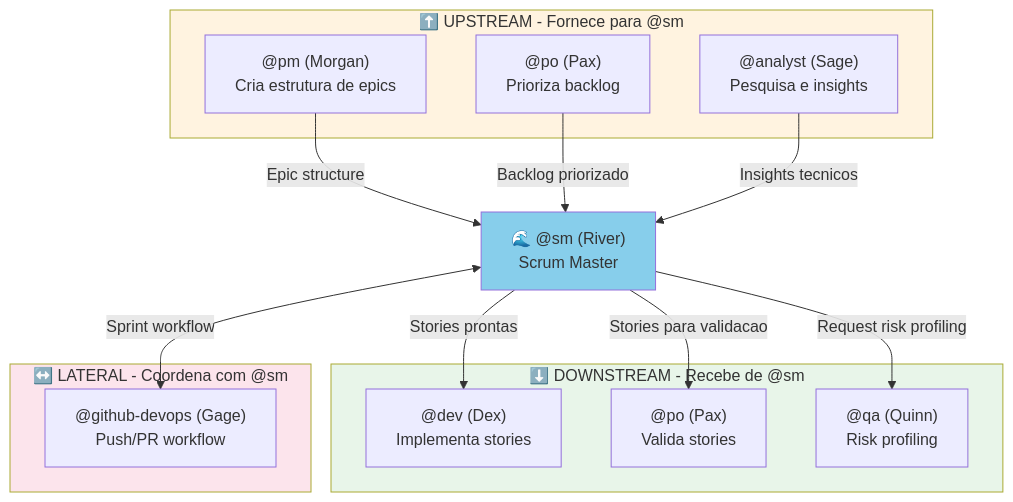
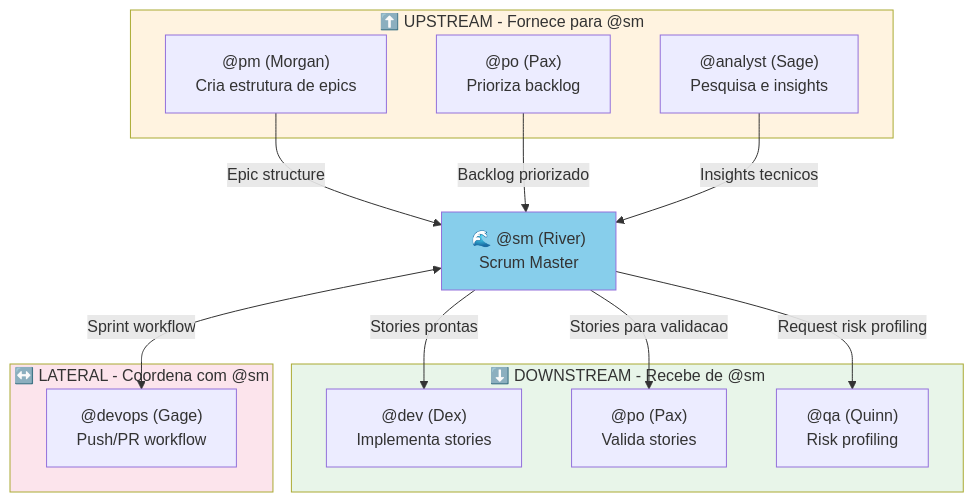
The fourth of 4 diagrams in docs/guides/agents/SM-SYSTEM.md (gigio-cangini-mentor/sei-la), drawn with Mermaid before and after one commit. The commit also changed other lines of this file and 79 other files, not shown here.

````diff
--- a/docs/guides/agents/SM-SYSTEM.md
+++ b/docs/guides/agents/SM-SYSTEM.md
@@ -242,35 +242,35 @@
 ```mermaid
 flowchart TB
     subgraph UPSTREAM["⬆️ UPSTREAM - Fornece para @sm"]
         PM_UP["@pm (Morgan)<br/>Cria estrutura de epics"]
         PO_UP["@po (Pax)<br/>Prioriza backlog"]
         ANALYST_UP["@analyst (Sage)<br/>Pesquisa e insights"]
     end
 
     SM_CENTRAL["🌊 @sm (River)<br/>Scrum Master"]
 
     subgraph DOWNSTREAM["⬇️ DOWNSTREAM - Recebe de @sm"]
         DEV_DOWN["@dev (Dex)<br/>Implementa stories"]
         PO_DOWN["@po (Pax)<br/>Valida stories"]
         QA_DOWN["@qa (Quinn)<br/>Risk profiling"]
     end
 
     subgraph LATERAL["↔️ LATERAL - Coordena com @sm"]
-        DEVOPS_LAT["@github-devops (Gage)<br/>Push/PR workflow"]
+        DEVOPS_LAT["@devops (Gage)<br/>Push/PR workflow"]
     end
 
     PM_UP -->|"Epic structure"| SM_CENTRAL
     PO_UP -->|"Backlog priorizado"| SM_CENTRAL
     ANALYST_UP -->|"Insights tecnicos"| SM_CENTRAL
 
     SM_CENTRAL -->|"Stories prontas"| DEV_DOWN
     SM_CENTRAL -->|"Stories para validacao"| PO_DOWN
     SM_CENTRAL -->|"Request risk profiling"| QA_DOWN
 
     SM_CENTRAL <-->|"Sprint workflow"| DEVOPS_LAT
 
     style SM_CENTRAL fill:#87CEEB
     style UPSTREAM fill:#fff3e0
     style DOWNSTREAM fill:#e8f5e9
     style LATERAL fill:#fce4ec
 ```
````
